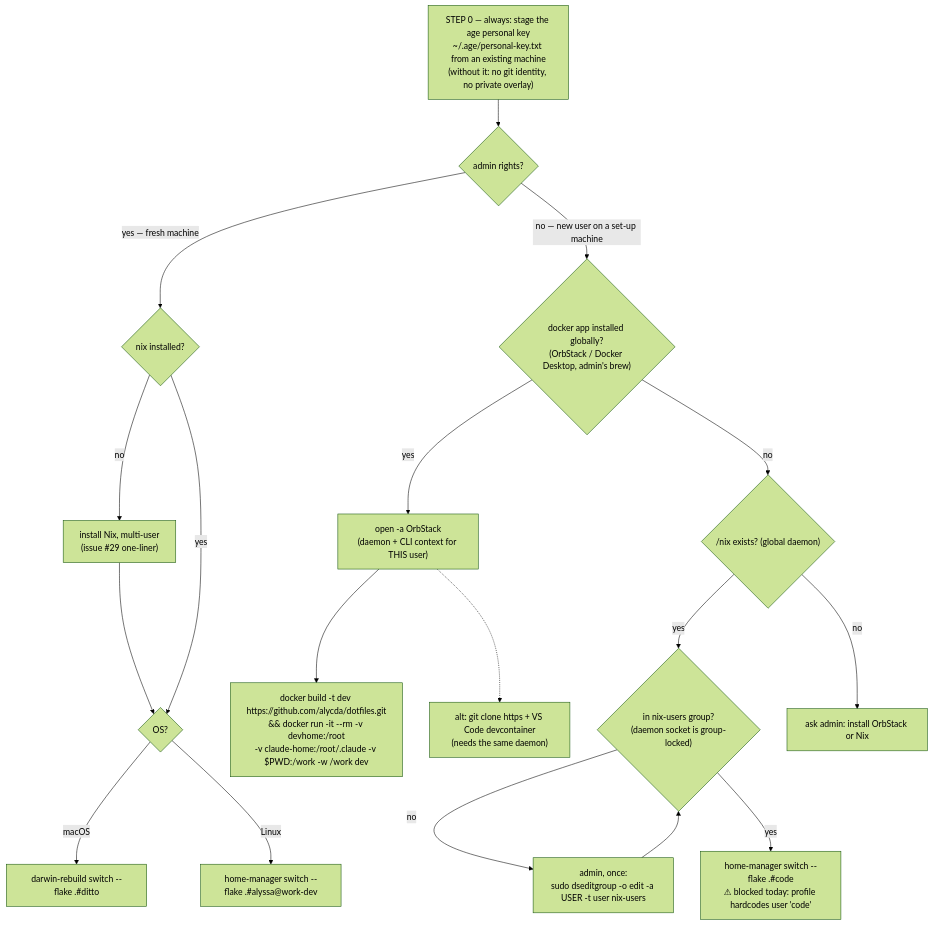
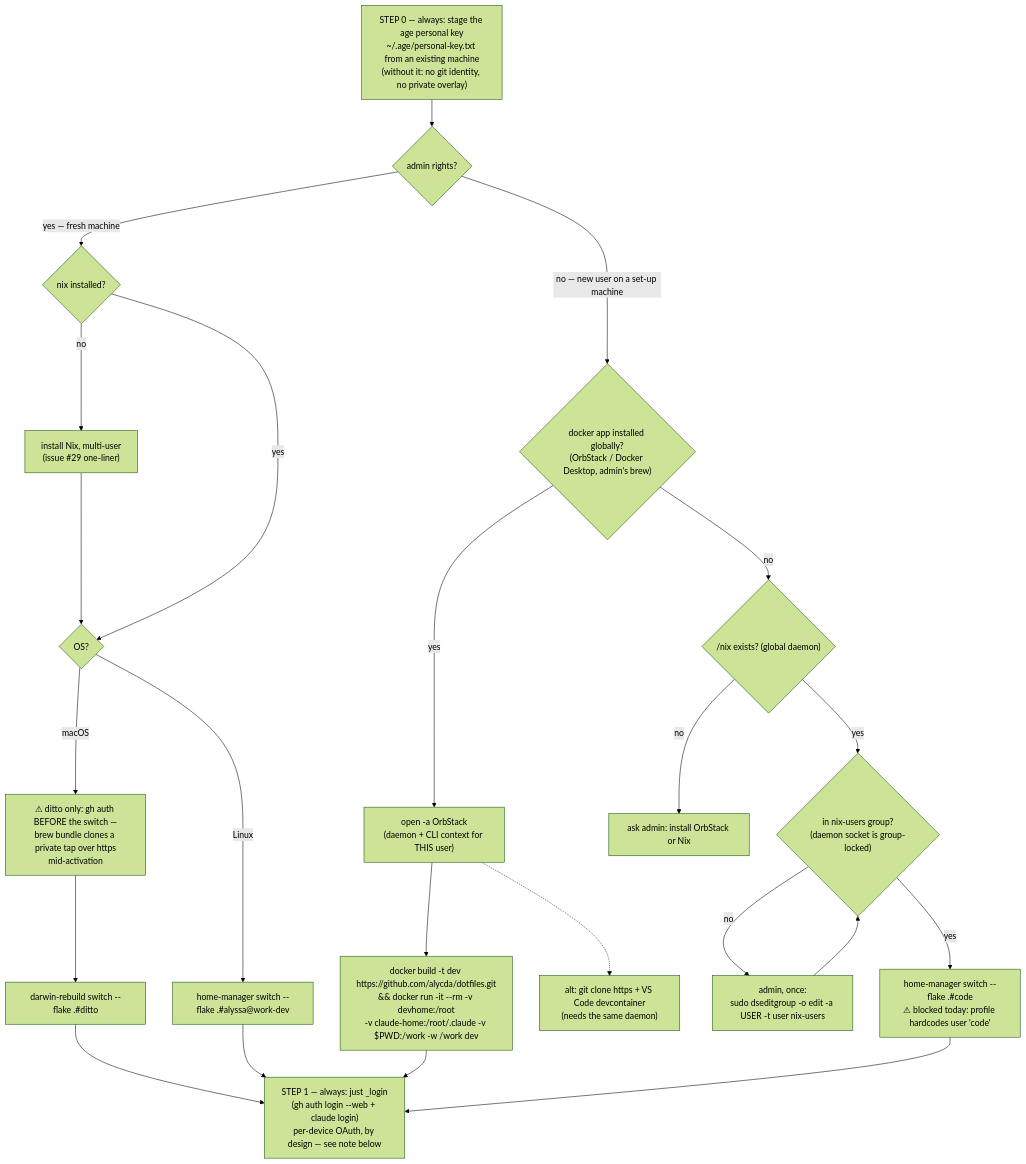
One commit to alycda/dotfiles changed the diagram in README.md. Above: the diagram before and after it, drawn with Mermaid (forest theme). The commit also changed other lines of this file and 1 other file, not shown here.

First line of the commit message:
Docs: step 1 is `just _login`; document the no-PAT decision

````diff
--- a/README.md
+++ b/README.md
@@ -63,23 +63,29 @@
 ```mermaid
 flowchart TD
     K0["STEP 0 — always: stage the age personal key<br/>~/.age/personal-key.txt from an existing machine<br/>(without it: no git identity, no private overlay)"]
     K0 --> Q1{admin rights?}
 
     Q1 -- "yes — fresh machine" --> Q2{nix installed?}
     Q2 -- no --> N1["install Nix, multi-user<br/>(issue #29 one-liner)"]
     N1 --> Q3{OS?}
     Q2 -- yes --> Q3
-    Q3 -- macOS --> D1["darwin-rebuild switch --flake .#ditto"]
+    Q3 -- macOS --> W1["⚠ ditto only: gh auth BEFORE the switch —<br/>brew bundle clones a private tap over https<br/>mid-activation"]
+    W1 --> D1["darwin-rebuild switch --flake .#ditto"]
     Q3 -- Linux --> D2["home-manager switch --flake .#alyssa@work-dev"]
 
     Q1 -- "no — new user on a set-up machine" --> Q4{"docker app installed globally?<br/>(OrbStack / Docker Desktop, admin's brew)"}
     Q4 -- yes --> C1["open -a OrbStack<br/>(daemon + CLI context for THIS user)"]
     C1 --> C2["docker build -t dev https://github.com/alycda/dotfiles.git<br/>&& docker run -it --rm -v devhome:/root<br/>-v claude-home:/root/.claude -v $PWD:/work -w /work dev"]
     C1 -.-> C3["alt: git clone https + VS Code devcontainer<br/>(needs the same daemon)"]
     Q4 -- no --> Q5{"/nix exists? (global daemon)"}
     Q5 -- yes --> Q6{"in nix-users group?<br/>(daemon socket is group-locked)"}
     Q6 -- no --> A1["admin, once:<br/>sudo dseditgroup -o edit -a USER -t user nix-users"]
     A1 --> Q6
     Q6 -- yes --> H1["home-manager switch --flake .#code<br/>⚠ blocked today: profile hardcodes user 'code'"]
     Q5 -- no --> A2[ask admin: install OrbStack or Nix]
+
+    D1 --> S1["STEP 1 — always: just _login<br/>(gh auth login --web + claude login)<br/>per-device OAuth, by design — see note below"]
+    D2 --> S1
+    C2 --> S1
+    H1 --> S1
 ```
````
